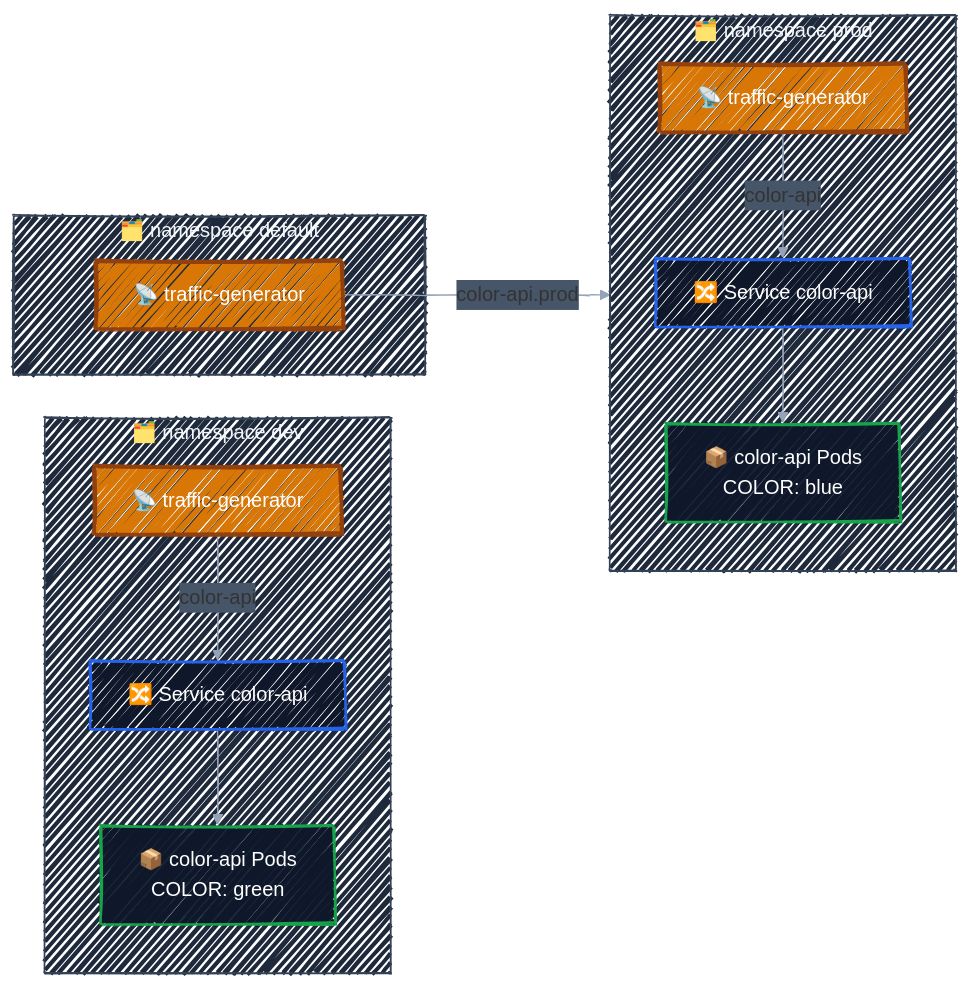
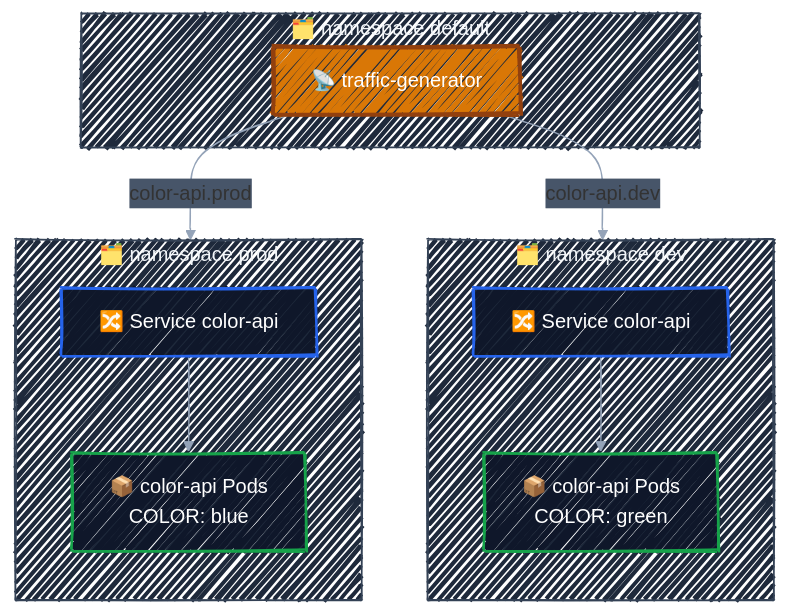
The diagram in docs/labels-namespaces/cross-namespace-services.md (r97221004/k8s-tutorial), drawn with Mermaid before and after one commit. The commit also changed other lines of this file, not shown here.

First line of the commit message:
docs: use one traffic generator in Cross-Namespace Service Communication

````diff
--- a/docs/labels-namespaces/cross-namespace-services.md
+++ b/docs/labels-namespaces/cross-namespace-services.md
@@ -11,46 +11,43 @@
 ```mermaid
 ---
 config:
   look: handDrawn
   theme: default
   themeVariables:
     fontFamily: '"Comic Sans MS", "Comic Sans", "Segoe Print", "Bradley Hand", cursive'
     lineColor: '#94A3B8'
     edgeLabelBackground: '#475569'
   themeCSS: |
     .edgeLabel, .edgeLabel p, .edgeLabel span { color: #FFFFFF !important; }
 ---
-flowchart LR
+flowchart TB
+    subgraph def["🗂️ namespace default"]
+        tg["📡 traffic-generator"]
+    end
     subgraph dev["🗂️ namespace dev"]
         direction TB
-        tgd["📡 traffic-generator"]
         sd["🔀 Service color-api"]
         cd["📦 color-api Pods<br/>COLOR: green"]
     end
     subgraph prod["🗂️ namespace prod"]
         direction TB
-        tgp["📡 traffic-generator"]
         sp["🔀 Service color-api"]
         cp["📦 color-api Pods<br/>COLOR: blue"]
     end
-    subgraph def["🗂️ namespace default"]
-        tg0["📡 traffic-generator"]
-    end
 
-    tgd -->|"color-api"| sd
+    tg -->|"color-api.dev"| sd
+    tg -->|"color-api.prod"| sp
     sd --> cd
-    tgp -->|"color-api"| sp
     sp --> cp
-    tg0 -->|"color-api.prod"| sp
 
     classDef ctrl fill:#0F172A,stroke:#2563EB,stroke-width:2px,color:#FFFFFF
     classDef eng fill:#D97706,stroke:#92400E,stroke-width:3px,color:#FFFFFF
     classDef tgt fill:#0F172A,stroke:#16A34A,stroke-width:2px,color:#FFFFFF
-    class tg0,tgd,tgp eng
+    class tg eng
     class sd,sp ctrl
     class cd,cp tgt
 
     style def fill:#1E293B,stroke:#334155,color:#F1F5F9,fillStyle:solid
     style dev fill:#1E293B,stroke:#334155,color:#F1F5F9,fillStyle:solid
     style prod fill:#1E293B,stroke:#334155,color:#F1F5F9,fillStyle:solid
 ```
````
